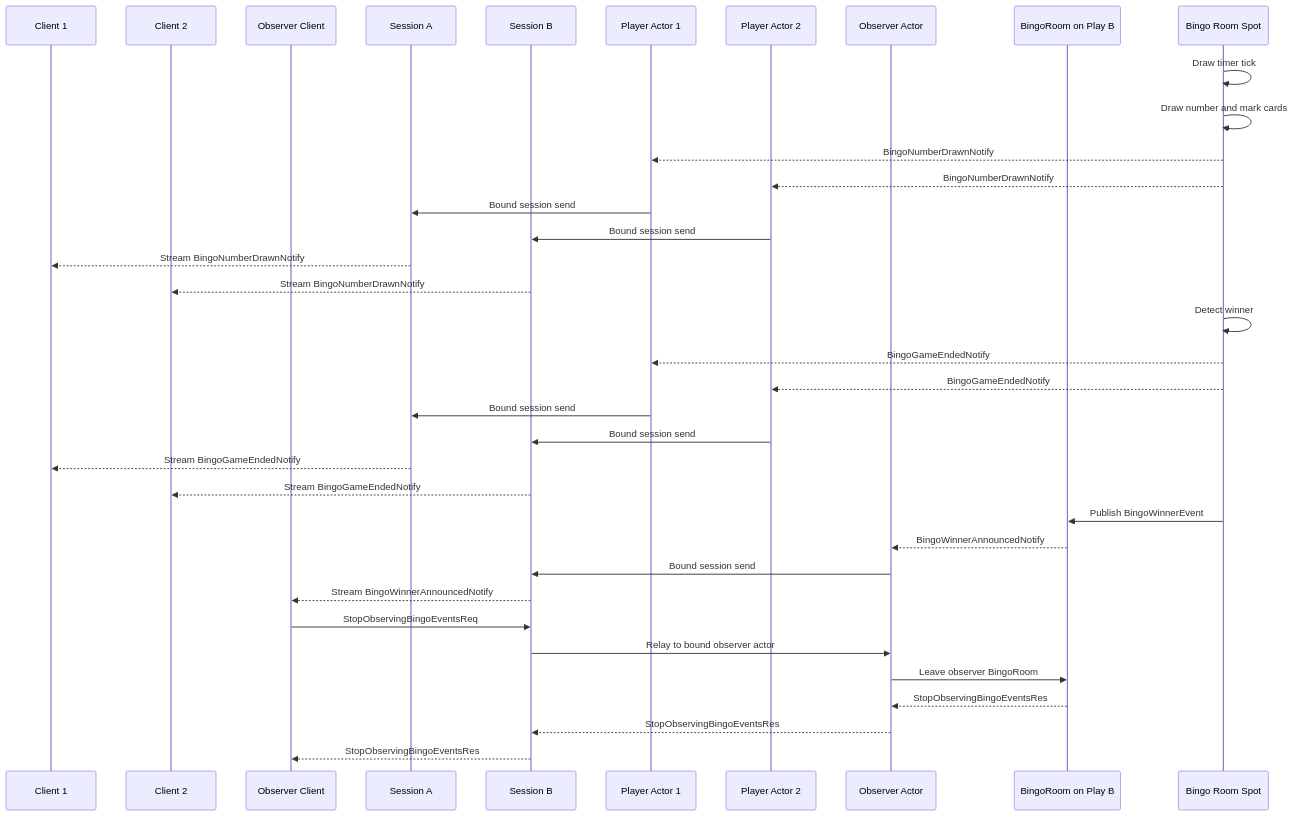
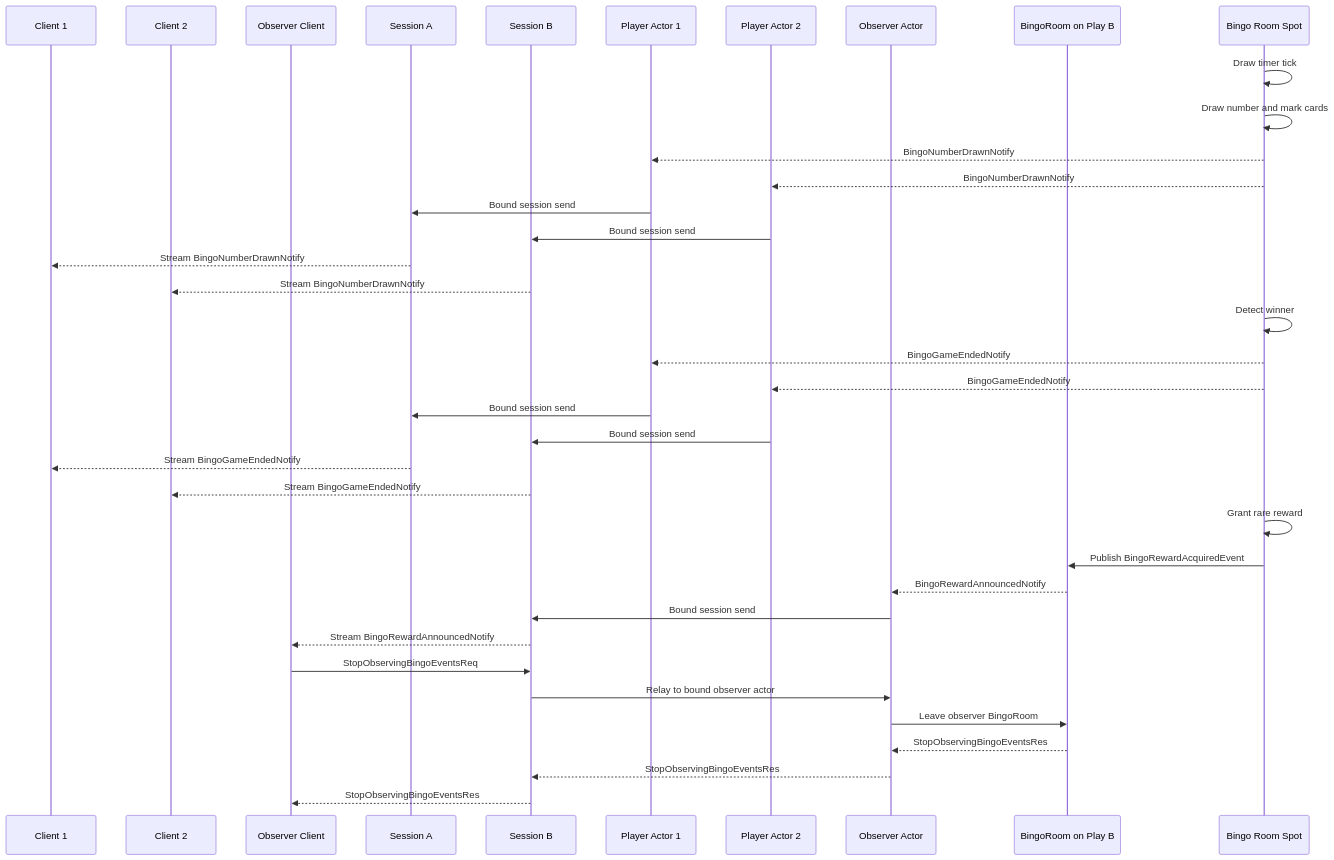
The fourth of 5 diagrams in framework/doc/framework/common/sample/bingo/README.ko.md (kairos-code-dev/zlink), drawn with Mermaid before and after one commit. The commit also changed other lines of this file and 26 other files, not shown here.

Commit message:
Update dotnet Bingo scale-out reward scenario

````diff
--- a/framework/doc/framework/common/sample/bingo/README.ko.md
+++ b/framework/doc/framework/common/sample/bingo/README.ko.md
@@ -858,39 +861,40 @@
 ```mermaid
 sequenceDiagram
     participant C1 as Client 1
     participant C2 as Client 2
     participant O as Observer Client
     participant S1 as Session A
     participant S2 as Session B
     participant A1 as Player Actor 1
     participant A2 as Player Actor 2
     participant A3 as Observer Actor
     participant BR2 as BingoRoom on Play B
     participant R as Bingo Room Spot
 
     R->>R: Draw timer tick
     R->>R: Draw number and mark cards
     R-->>A1: BingoNumberDrawnNotify
     R-->>A2: BingoNumberDrawnNotify
     A1->>S1: Bound session send
     A2->>S2: Bound session send
     S1-->>C1: Stream BingoNumberDrawnNotify
     S2-->>C2: Stream BingoNumberDrawnNotify
     R->>R: Detect winner
     R-->>A1: BingoGameEndedNotify
     R-->>A2: BingoGameEndedNotify
     A1->>S1: Bound session send
     A2->>S2: Bound session send
     S1-->>C1: Stream BingoGameEndedNotify
     S2-->>C2: Stream BingoGameEndedNotify
-    R->>BR2: Publish BingoWinnerEvent
-    BR2-->>A3: BingoWinnerAnnouncedNotify
+    R->>R: Grant rare reward
+    R->>BR2: Publish BingoRewardAcquiredEvent
+    BR2-->>A3: BingoRewardAnnouncedNotify
     A3->>S2: Bound session send
-    S2-->>O: Stream BingoWinnerAnnouncedNotify
+    S2-->>O: Stream BingoRewardAnnouncedNotify
     O->>S2: StopObservingBingoEventsReq
     S2->>A3: Relay to bound observer actor
     A3->>BR2: Leave observer BingoRoom
     BR2-->>A3: StopObservingBingoEventsRes
     A3-->>S2: StopObservingBingoEventsRes
     S2-->>O: StopObservingBingoEventsRes
 ```
````
